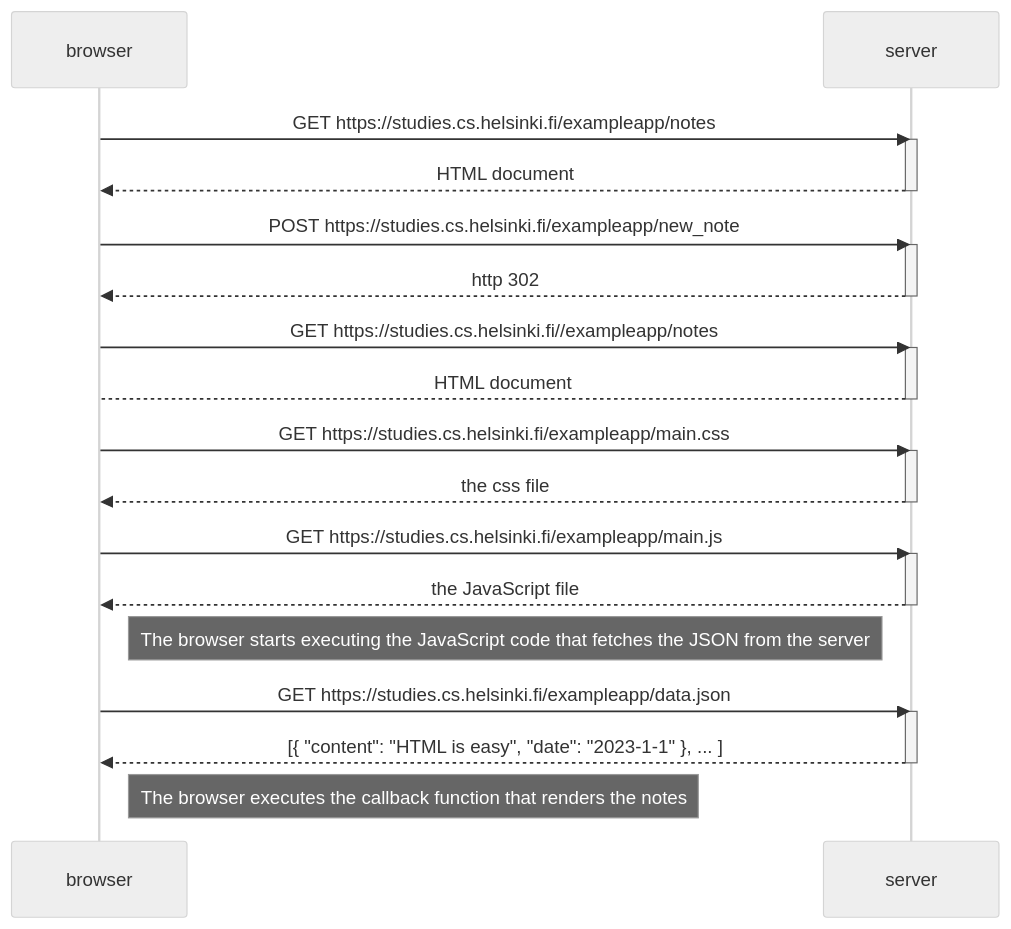
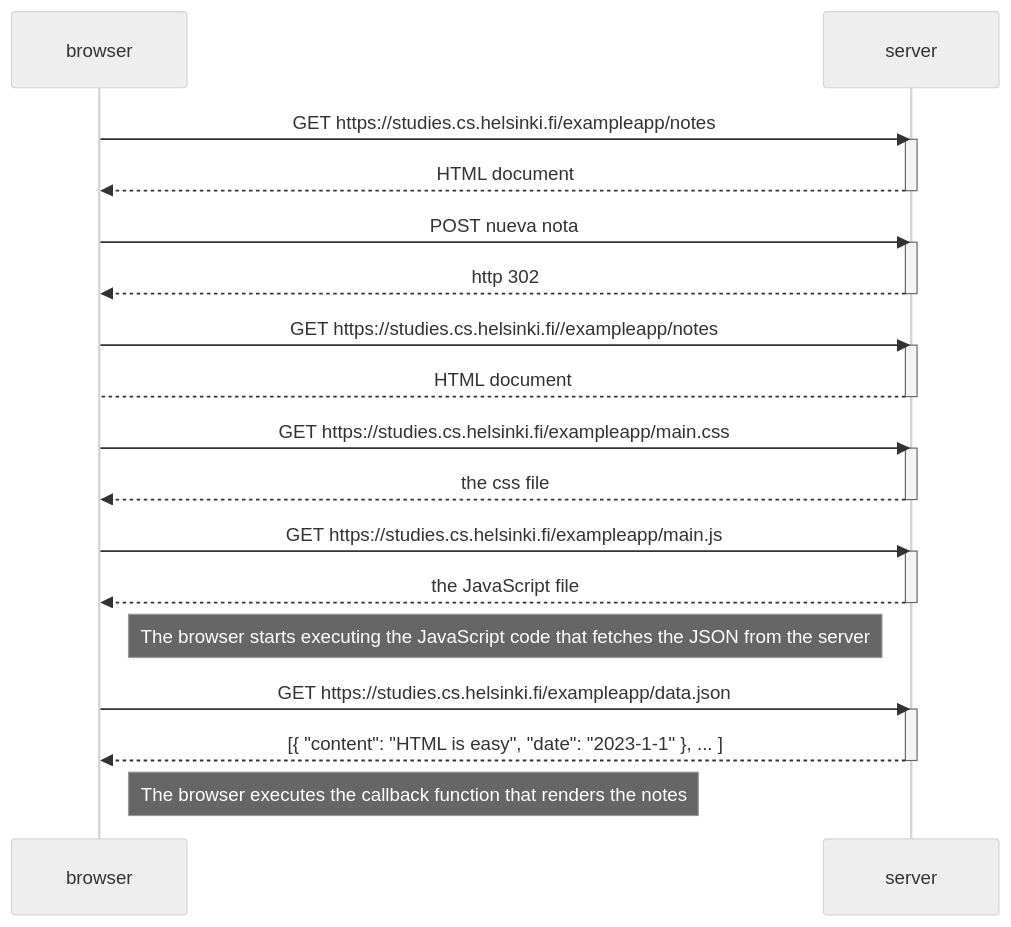
One commit to Mati-Perez/fullstackopen changed the diagram in Parte 0/Ejercicio-0.4.md. Above: the diagram before and after it, drawn with Mermaid (neutral theme).

````diff
--- a/Parte 0/Ejercicio-0.4.md
+++ b/Parte 0/Ejercicio-0.4.md
@@ -1,40 +1,40 @@
 ``` mermaid
   sequenceDiagram
     participant browser
     participant server
     
     browser->>server: GET https://studies.cs.helsinki.fi/exampleapp/notes
     activate server
     server-->>browser: HTML document
     deactivate server
   
-    browser->>server: POST https://studies.cs.helsinki.fi/exampleapp/new_note
+    browser->>server: POST nueva nota
     activate server
     server-->>browser: http 302
     deactivate server
   
     browser->>server: GET https://studies.cs.helsinki.fi//exampleapp/notes
     activate server
     server-->browser: HTML document
     deactivate server
   
     browser->>server: GET https://studies.cs.helsinki.fi/exampleapp/main.css
     activate server
     server-->>browser: the css file
     deactivate server
   
     browser->>server: GET https://studies.cs.helsinki.fi/exampleapp/main.js
     activate server
     server-->>browser: the JavaScript file
     deactivate server
   
     Note right of browser: The browser starts executing the JavaScript code that fetches the JSON from the server
   
     browser->>server: GET https://studies.cs.helsinki.fi/exampleapp/data.json
     activate server
     server-->>browser: [{ "content": "HTML is easy", "date": "2023-1-1" }, ... ]
     deactivate server
   
     Note right of browser: The browser executes the callback function that renders the notes
 
 ```
````
